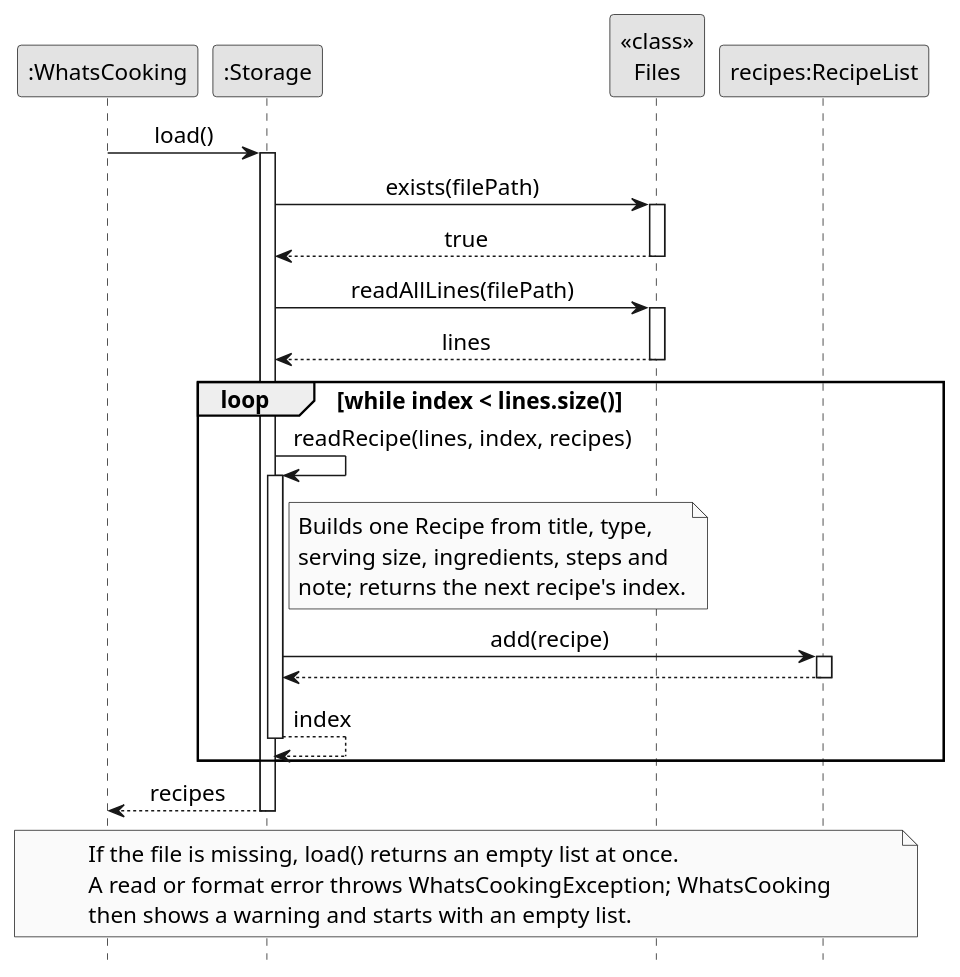
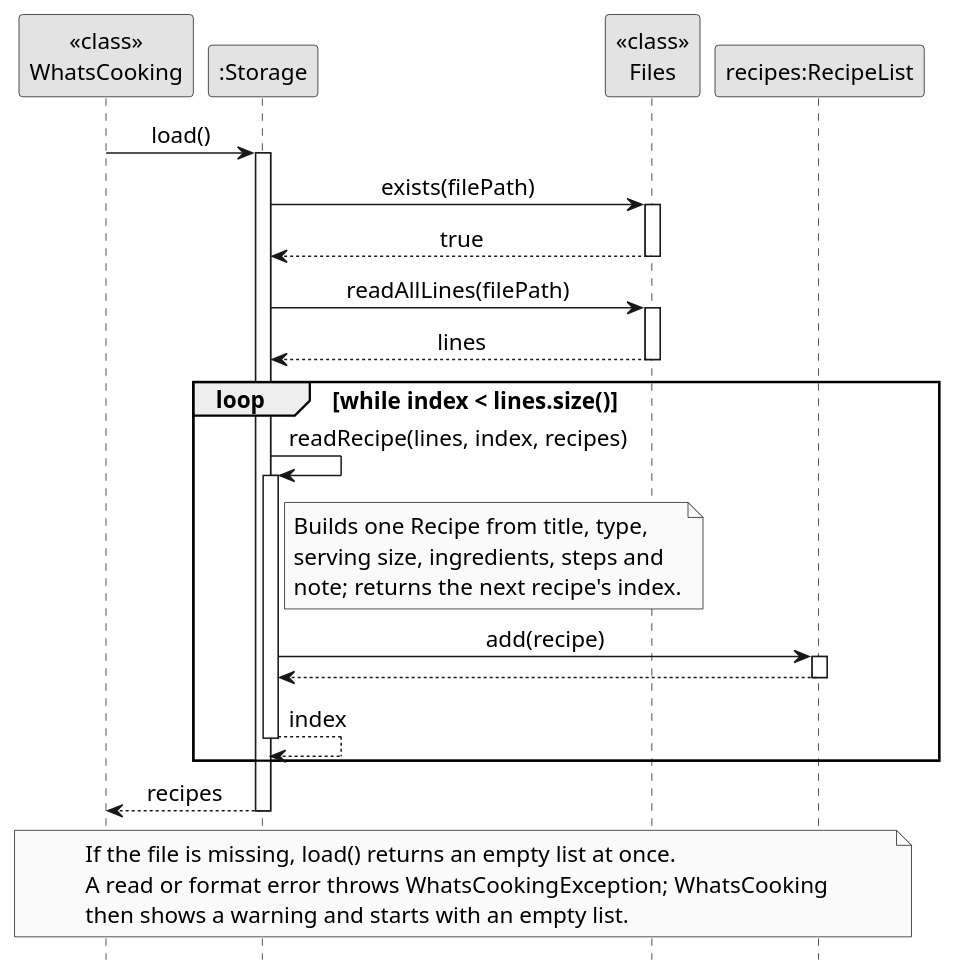
Before and after one commit to AY2627S1-CS2113-W14-3/tp: the diagram in docs/diagrams/storage-load-save.puml, drawn with PlantUML. The commit also changed 37 other files, not shown here.

First line of the commit message:
Align v2.0 guides and UML with implemented behavior

```diff
--- a/docs/diagrams/storage-load-save.puml
+++ b/docs/diagrams/storage-load-save.puml
@@ -1,49 +1,49 @@
 @startuml
 skinparam monochrome true
 skinparam shadowing false
 skinparam defaultFontName SansSerif
 skinparam defaultFontSize 15
 skinparam sequenceMessageAlign center
 hide footbox
 
-participant ":WhatsCooking" as App
+participant "<<class>>\nWhatsCooking" as App
 participant ":Storage" as Storage
 participant "<<class>>\nFiles" as Files
 participant "recipes:RecipeList" as Recipes
 
 App -> Storage : load()
 activate Storage
 Storage -> Files : exists(filePath)
 activate Files
 Files --> Storage : true
 deactivate Files
 Storage -> Files : readAllLines(filePath)
 activate Files
 Files --> Storage : lines
 deactivate Files
 
 loop while index < lines.size()
   Storage -> Storage : readRecipe(lines, index, recipes)
   activate Storage
   note right of Storage
     Builds one Recipe from title, type,
     serving size, ingredients, steps and
     note; returns the next recipe's index.
   end note
   Storage -> Recipes : add(recipe)
   activate Recipes
   Recipes --> Storage
   deactivate Recipes
   Storage --> Storage : index
   deactivate Storage
 end
 
 Storage --> App : recipes
 deactivate Storage
 
 note over App, Recipes
   If the file is missing, load() returns an empty list at once.
   A read or format error throws WhatsCookingException; WhatsCooking
   then shows a warning and starts with an empty list.
 end note
 @enduml
```
